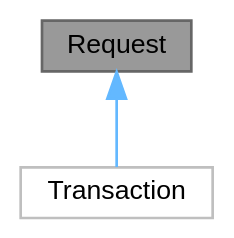
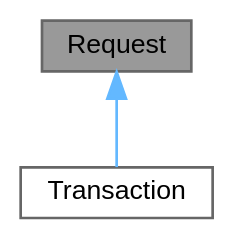
The diagram in docs/class_request__inherit__graph.dot (davdcsam/AtingMQL5), drawn with Graphviz before and after one commit. The commit also changed 108 other files, not shown here.

```diff
--- a/docs/class_request__inherit__graph.dot
+++ b/docs/class_request__inherit__graph.dot
@@ -1,10 +1,10 @@
 digraph "Request"
 {
  // LATEX_PDF_SIZE
   bgcolor="transparent";
   edge [fontname=Helvetica,fontsize=10,labelfontname=Helvetica,labelfontsize=10];
   node [fontname=Helvetica,fontsize=10,shape=box,height=0.2,width=0.4];
-  Node1 [id="Node000001",label="Request",height=0.2,width=0.4,color="gray40", fillcolor="grey60", style="filled", fontcolor="black",tooltip=" "];
+  Node1 [id="Node000001",label="Request",height=0.2,width=0.4,color="gray40", fillcolor="grey60", style="filled", fontcolor="black",tooltip="Class to handle trade requests."];
   Node1 -> Node2 [id="edge1_Node000001_Node000002",dir="back",color="steelblue1",style="solid",tooltip=" "];
-  Node2 [id="Node000002",label="Transaction",height=0.2,width=0.4,color="grey75", fillcolor="white", style="filled",URL="$class_transaction.html",tooltip=" "];
+  Node2 [id="Node000002",label="Transaction",height=0.2,width=0.4,color="gray40", fillcolor="white", style="filled",URL="$class_transaction.html",tooltip="Class to handle trading transactions, inheriting from Request."];
 }
```
